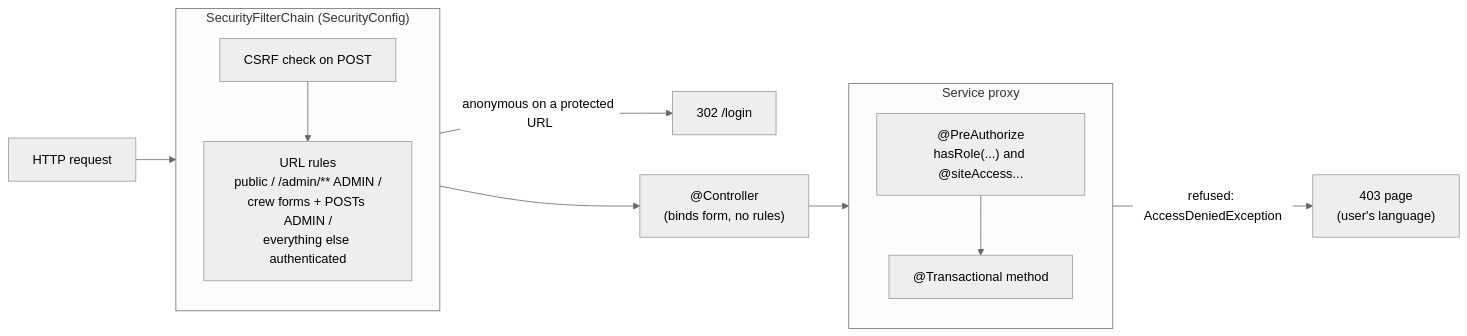
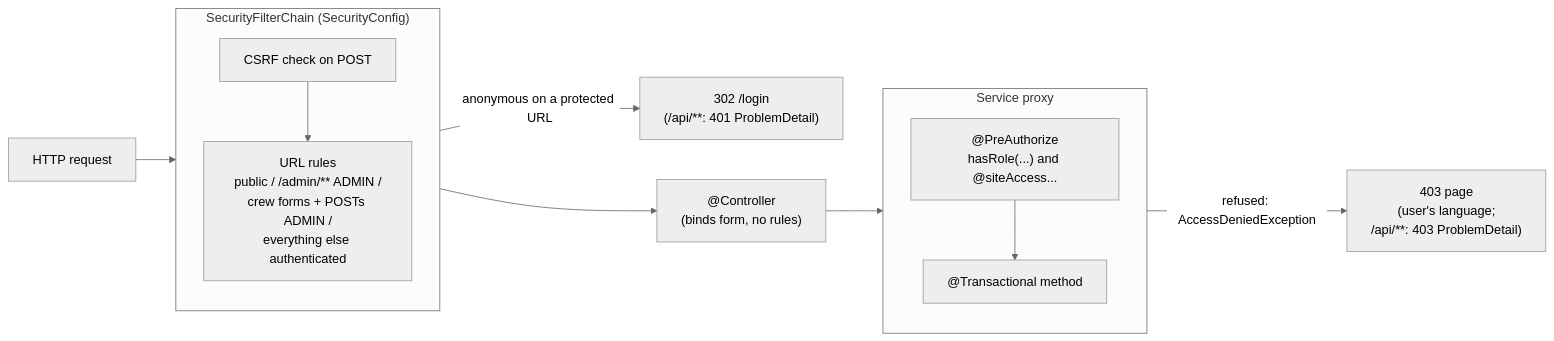
The seventh of 12 diagrams in docs/architecture/overview.md (ceciliagalvaoo/SiteLog), drawn with Mermaid (neutral theme) before and after one commit. The commit also changed other lines of this file and 5 other files, not shown here.

````diff
--- a/docs/architecture/overview.md
+++ b/docs/architecture/overview.md
@@ -388,20 +405,20 @@
 ```mermaid
 flowchart LR
     req["HTTP request"] --> chain
     subgraph chain["SecurityFilterChain (SecurityConfig)"]
         direction TB
         csrf["CSRF check on POST"]
         url["URL rules<br/>public / /admin/** ADMIN /<br/>crew forms + POSTs ADMIN /<br/>everything else authenticated"]
         csrf --> url
     end
-    chain -->|"anonymous on a protected URL"| login["302 /login"]
+    chain -->|"anonymous on a protected URL"| login["302 /login<br/>(/api/**: 401 ProblemDetail)"]
     chain --> ctrl["@Controller<br/>(binds form, no rules)"]
     ctrl --> proxy
     subgraph proxy["Service proxy"]
         direction TB
         pre["@PreAuthorize<br/>hasRole(...) and @siteAccess..."]
         tx["@Transactional method"]
         pre --> tx
     end
-    pre -->|"refused: AccessDeniedException"| forbidden["403 page<br/>(user's language)"]
+    pre -->|"refused: AccessDeniedException"| forbidden["403 page<br/>(user's language;<br/>/api/**: 403 ProblemDetail)"]
 ```
````
